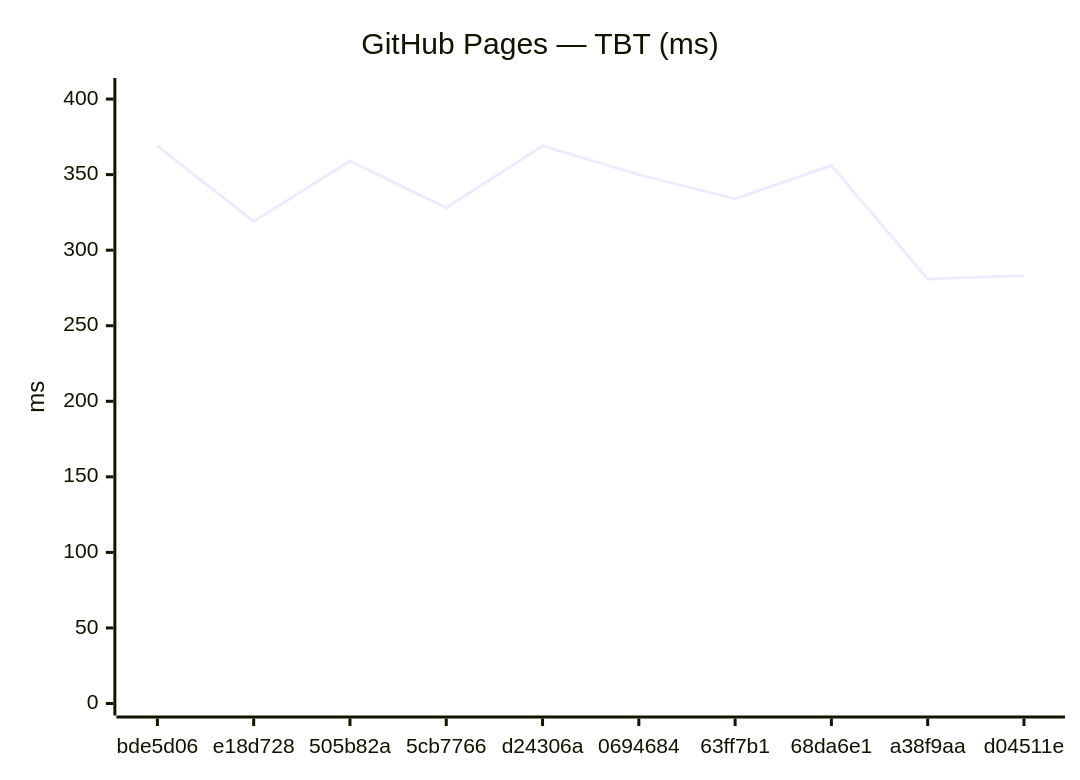
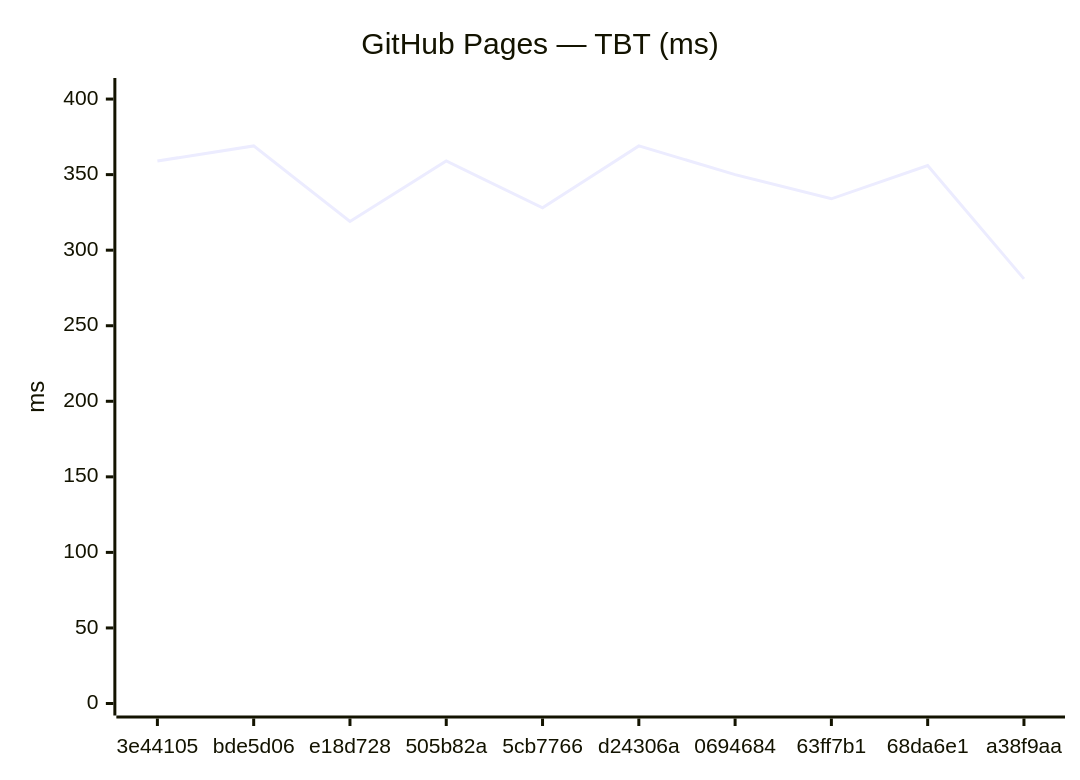
The fourth of 18 diagrams in benchmarks/compare.md (Metaheurist/Rianell), drawn with Mermaid before and after one commit. The commit also changed other lines of this file and 11 other files, not shown here.

````diff
--- a/benchmarks/compare.md
+++ b/benchmarks/compare.md
@@ -61,7 +61,7 @@
 ```mermaid
 xychart-beta
     title "GitHub Pages — TBT (ms)"
-    x-axis ["bde5d06", "e18d728", "505b82a", "5cb7766", "d24306a", "0694684", "63ff7b1", "68da6e1", "a38f9aa", "d04511e"]
+    x-axis ["3e44105", "bde5d06", "e18d728", "505b82a", "5cb7766", "d24306a", "0694684", "63ff7b1", "68da6e1", "a38f9aa"]
     y-axis "ms" 0 --> 406
-    line [369, 319, 359, 328, 369, 350, 334, 356, 281, 283]
+    line [359, 369, 319, 359, 328, 369, 350, 334, 356, 281]
 ```
````
